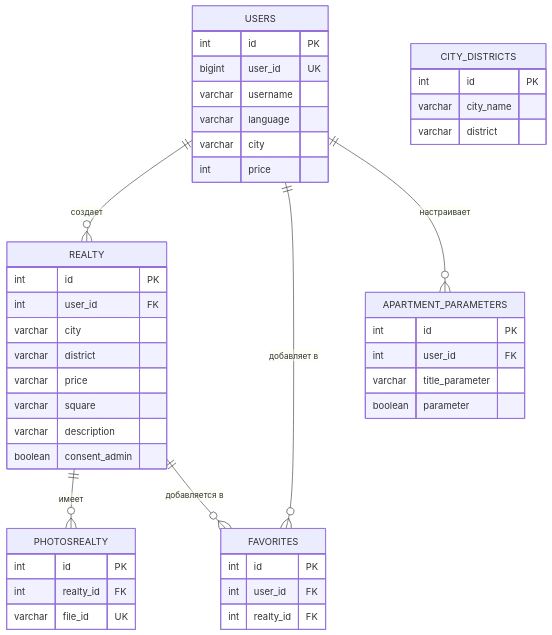
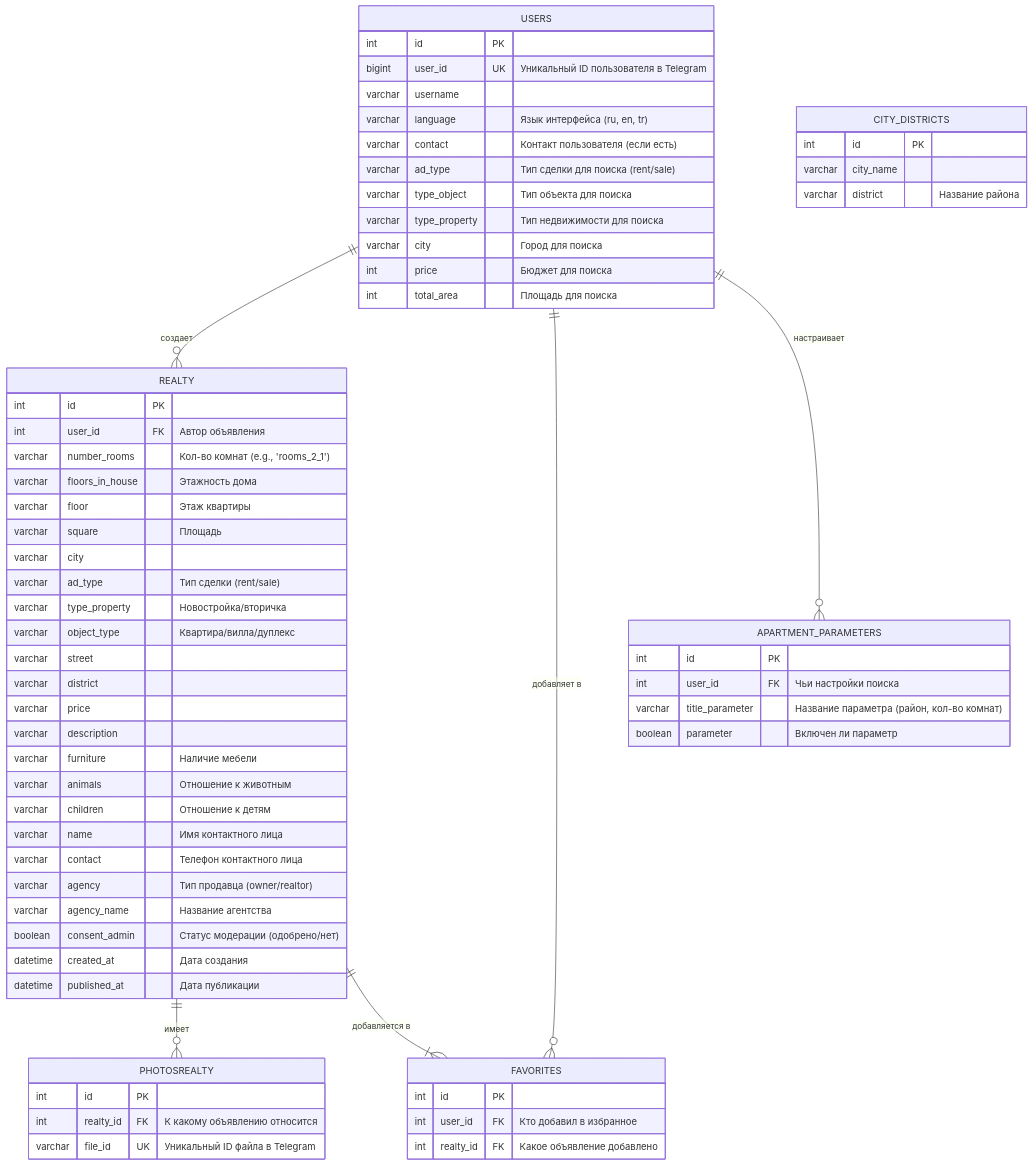
The third of 4 diagrams in README.md (mak1ntosh1/RealEstateBot), drawn with Mermaid before and after one commit. The commit also changed other lines of this file and 3 other files, not shown here.

````diff
--- a/README.md
+++ b/README.md
@@ -273,53 +242,89 @@
 ```mermaid
+%%{
+  init: {
+    'theme': 'base',
+    'themeVariables': {
+      'primaryColor': '#B2DFDB',      /* Светло-бирюзовый фон заголовка */
+      'primaryTextColor': '#333333',   /* Тёмный текст для заголовка */
+      'primaryBorderColor': '#4DB6AC',  /* Более тёмная бирюзовая рамка */
+      'lineColor': '#757575',          /* Нейтральный серый для связей */
+      'secondaryColor': '#F5F5F5',     /* Очень светлый фон тела таблицы */
+      'mainBkg': '#F5F5F5',            /* Основной фон тела таблицы */
+      'textColor': '#333333'           /* Тёмный основной текст */
+    }
+  }
+}%%
+
 erDiagram
     USERS {
         int id PK
-        bigint user_id UK
+        bigint user_id UK "Уникальный ID пользователя в Telegram"
         varchar username
-        varchar language
-        varchar city
-        int price
+        varchar language "Язык интерфейса (ru, en, tr)"
+        varchar contact "Контакт пользователя (если есть)"
+        varchar ad_type "Тип сделки для поиска (rent/sale)"
+        varchar type_object "Тип объекта для поиска"
+        varchar type_property "Тип недвижимости для поиска"
+        varchar city "Город для поиска"
+        int price "Бюджет для поиска"
+        int total_area "Площадь для поиска"
     }
 
     REALTY {
         int id PK
-        int user_id FK
+        int user_id FK "Автор объявления"
+        varchar number_rooms "Кол-во комнат (e.g., 'rooms_2_1')"
+        varchar floors_in_house "Этажность дома"
+        varchar floor "Этаж квартиры"
+        varchar square "Площадь"
         varchar city
+        varchar ad_type "Тип сделки (rent/sale)"
+        varchar type_property "Новостройка/вторичка"
+        varchar object_type "Квартира/вилла/дуплекс"
+        varchar street
         varchar district
         varchar price
-        varchar square
         varchar description
-        boolean consent_admin
+        varchar furniture "Наличие мебели"
+        varchar animals "Отношение к животным"
+        varchar children "Отношение к детям"
+        varchar name "Имя контактного лица"
+        varchar contact "Телефон контактного лица"
+        varchar agency "Тип продавца (owner/realtor)"
+        varchar agency_name "Название агентства"
+        boolean consent_admin "Статус модерации (одобрено/нет)"
+        datetime created_at "Дата создания"
+        datetime published_at "Дата публикации"
     }
 
     PHOTOSREALTY {
         int id PK
-        int realty_id FK
-        varchar file_id UK
+        int realty_id FK "К какому объявлению относится"
+        varchar file_id UK "Уникальный ID файла в Telegram"
     }
 
     FAVORITES {
         int id PK
-        int user_id FK
-        int realty_id FK
+        int user_id FK "Кто добавил в избранное"
+        int realty_id FK "Какое объявление добавлено"
     }
 
     APARTMENT_PARAMETERS {
         int id PK
-        int user_id FK
-        varchar title_parameter
-        boolean parameter
+        int user_id FK "Чьи настройки поиска"
+        varchar title_parameter "Название параметра (район, кол-во комнат)"
+        boolean parameter "Включен ли параметр"
     }
 
     CITY_DISTRICTS {
         int id PK
         varchar city_name
-        varchar district
+        varchar district "Название района"
     }
 
     USERS ||--o{ REALTY : "создает"
     USERS ||--o{ FAVORITES : "добавляет в"
+    USERS ||--o{ APARTMENT_PARAMETERS : "настраивает"
     REALTY ||--o{ PHOTOSREALTY : "имеет"
-    REALTY ||--o{ FAVORITES : "добавляется в"
-    USERS ||--o{ APARTMENT_PARAMETERS : "настраивает"
+    REALTY ||--|{ FAVORITES : "добавляется в"
 ```
````
